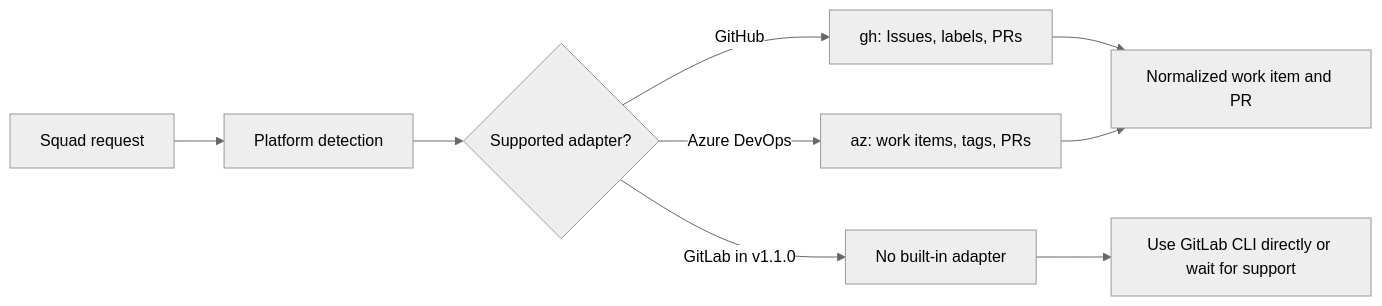
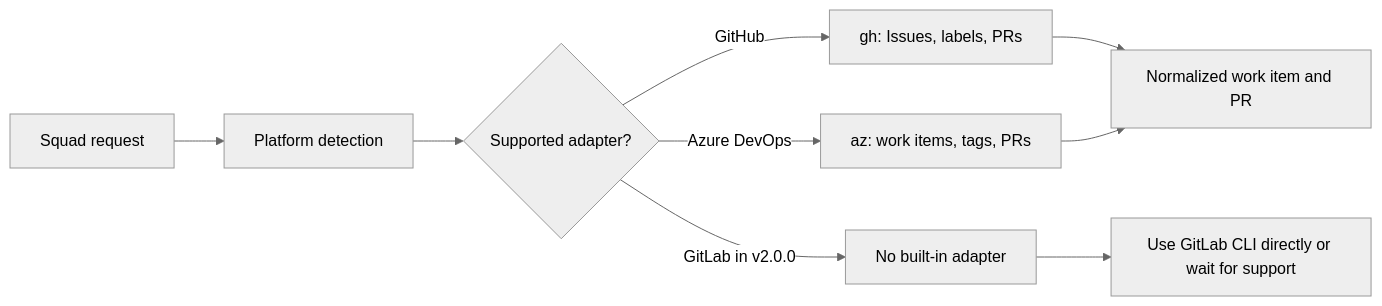
The first of 2 diagrams in book/vol1/part-02/ch08-gitlab-ado.md (cwoodruff/squad-book), drawn with Mermaid (neutral theme) before and after one commit. The commit also changed other lines of this file and 68 other files, not shown here.

````diff
--- a/book/vol1/part-02/ch08-gitlab-ado.md
+++ b/book/vol1/part-02/ch08-gitlab-ado.md
@@ -29,11 +29,11 @@
 ```mermaid
 flowchart LR
     A["Squad request"] --> B["Platform detection"]
     B --> C{"Supported adapter?"}
     C -->|"GitHub"| D["gh: Issues, labels, PRs"]
     C -->|"Azure DevOps"| E["az: work items, tags, PRs"]
-    C -->|"GitLab in v1.1.0"| F["No built-in adapter"]
+    C -->|"GitLab in v2.0.0"| F["No built-in adapter"]
     D --> G["Normalized work item and PR"]
     E --> G
     F --> H["Use GitLab CLI directly or wait for support"]
 ```
````
